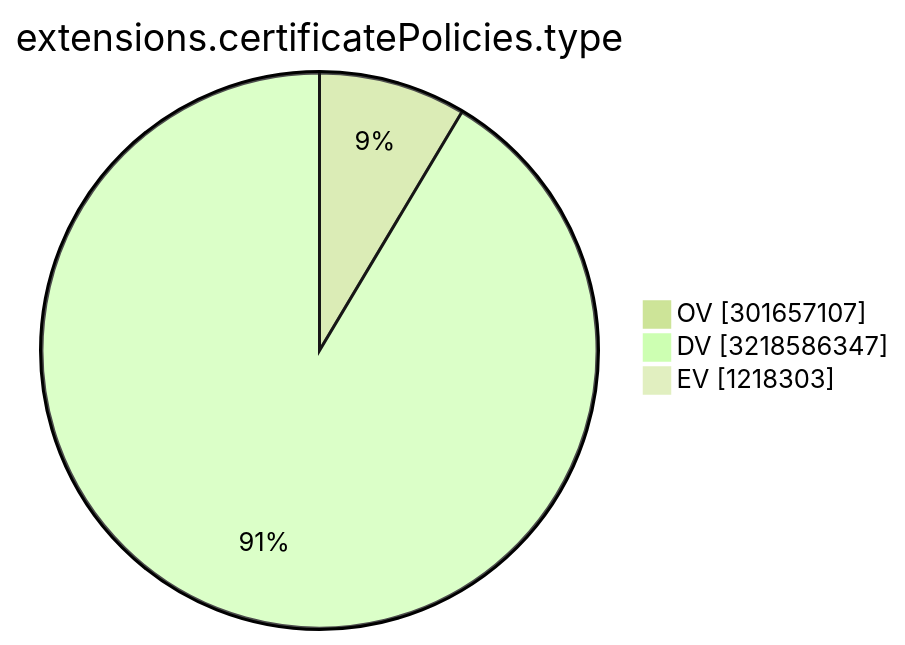
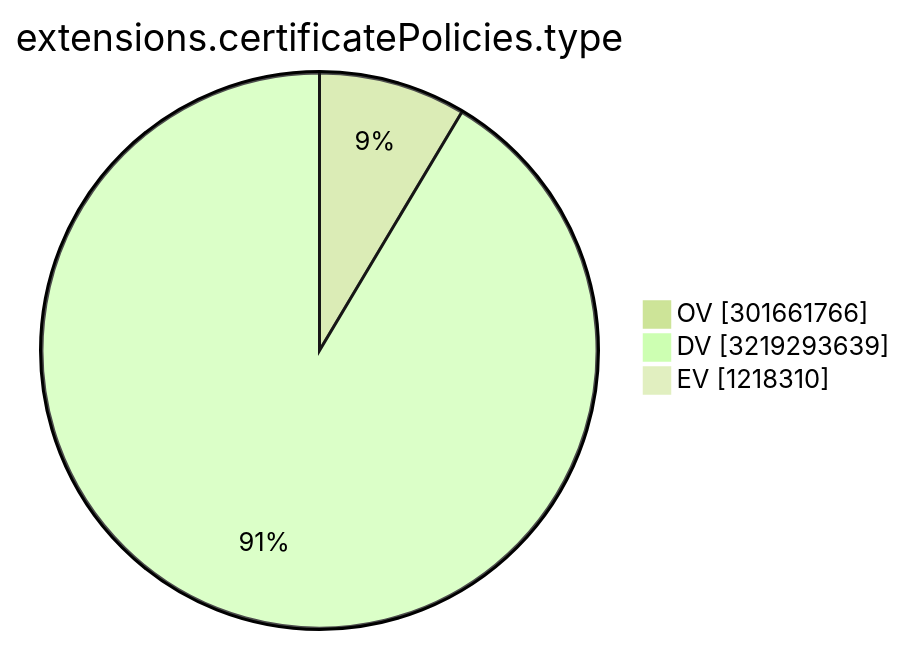
The ninth of 15 diagrams in TOTAL/README.md (christiankrug/ctmonitor_visualization), drawn with Mermaid (forest theme) before and after one commit. The commit also changed other lines of this file, not shown here.

````diff
--- a/TOTAL/README.md
+++ b/TOTAL/README.md
@@ -3106,7 +3106,7 @@
 ```mermaid
 pie showData
 title extensions.certificatePolicies.type
-"OV" :301657107
-"DV" :3218586347
-"EV" :1218303
+"OV" :301661766
+"DV" :3219293639
+"EV" :1218310
 ```
````
